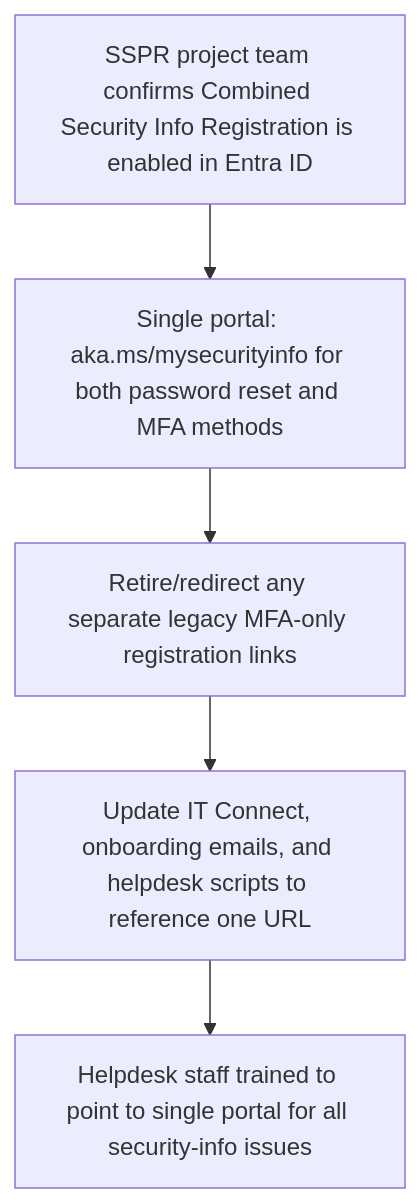
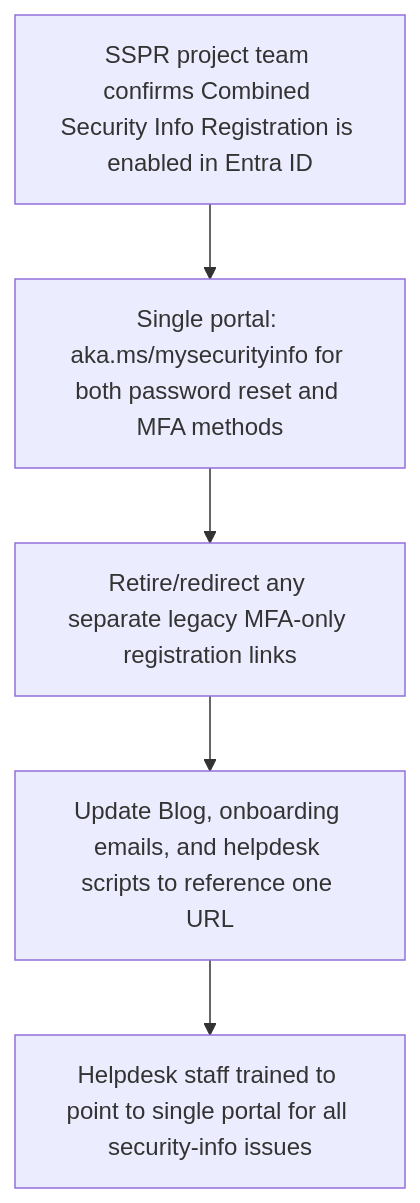
One commit to OIT-Client-Systems/GeneralDocs-Shared- changed the first of 8 diagrams in Accounts_and_Authenticator.md. Above: the diagram before and after it, drawn with Mermaid. The commit also changed other lines of this file, not shown here.

````diff
--- a/Accounts_and_Authenticator.md
+++ b/Accounts_and_Authenticator.md
@@ -9,7 +9,7 @@
 ```mermaid
 flowchart TD
     A[SSPR project team confirms Combined Security Info Registration is enabled in Entra ID] --> B[Single portal: aka.ms/mysecurityinfo for both password reset and MFA methods]
     B --> C[Retire/redirect any separate legacy MFA-only registration links]
-    C --> D[Update IT Connect, onboarding emails, and helpdesk scripts to reference one URL]
+    C --> D[Update Blog, onboarding emails, and helpdesk scripts to reference one URL]
     D --> E[Helpdesk staff trained to point to single portal for all security-info issues]
 ```
````
